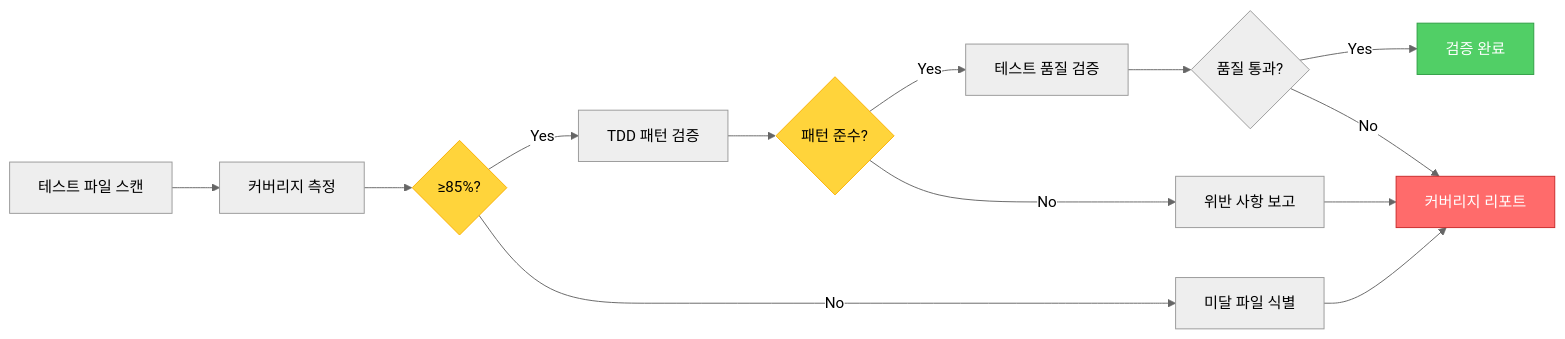
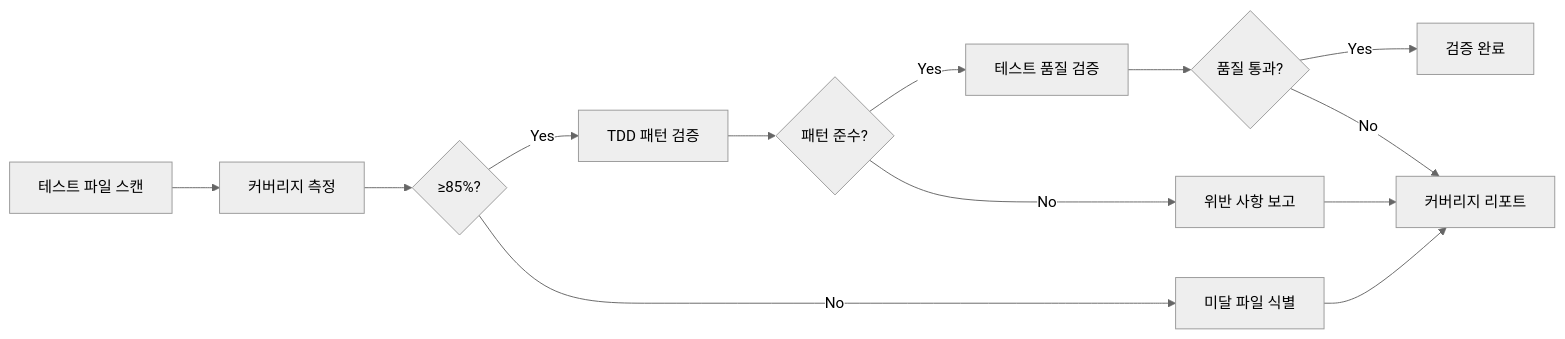
The second of 8 diagrams in docs/claude/agents/trust-checker.md (modu-ai/moai-adk), drawn with Mermaid (neutral theme) before and after one commit. The commit also changed other lines of this file and 299 other files, not shown here.

First line of the commit message:
🎨 feat: Mermaid 다크/라이트 테마 대응 + trust-checker 통합

````diff
--- a/docs/claude/agents/trust-checker.md
+++ b/docs/claude/agents/trust-checker.md
@@ -94,22 +91,18 @@
 ```mermaid
 graph LR
     A[테스트 파일 스캔] --> B[커버리지 측정]
     B --> C{≥85%?}
     C -->|Yes| D[TDD 패턴 검증]
     C -->|No| E[미달 파일 식별]
 
     D --> F{패턴 준수?}
     F -->|Yes| G[테스트 품질 검증]
     F -->|No| H[위반 사항 보고]
 
     E --> I[커버리지 리포트]
     H --> I
     G --> J{품질 통과?}
     J -->|Yes| K[검증 완료]
     J -->|No| I
 
-    style C fill:#ffd43b,stroke:#fab005,color:#000
-    style F fill:#ffd43b,stroke:#fab005,color:#000
-    style K fill:#51cf66,stroke:#2f9e44,color:#fff
-    style I fill:#ff6b6b,stroke:#c92a2a,color:#fff
 ```
````
